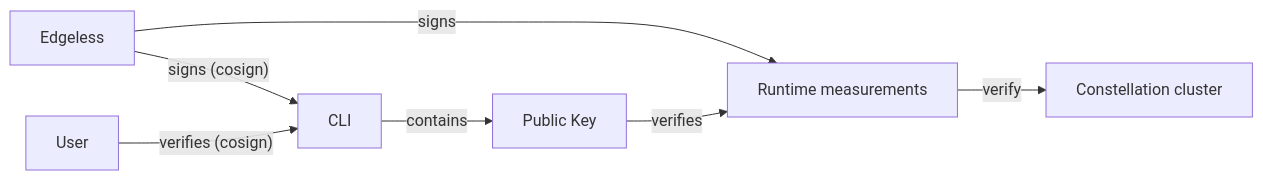
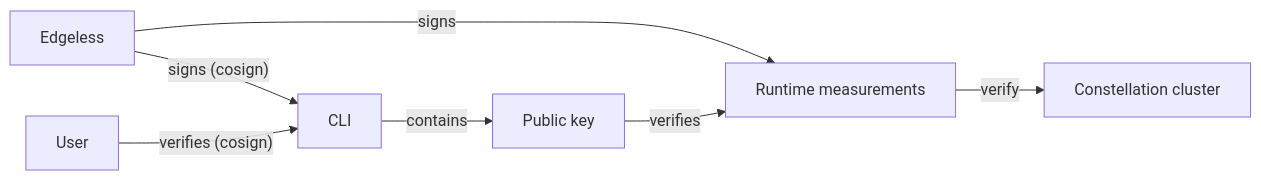
One commit to edgelesssys/constellation changed the diagram in docs/docs/architecture/attestation.md. Above: the diagram before and after it, drawn with Mermaid. The commit also changed other lines of this file and 6 other files, not shown here.

Commit message:
docs: fixes and rewording of architecture

````diff
--- a/docs/docs/architecture/attestation.md
+++ b/docs/docs/architecture/attestation.md
@@ -229,9 +223,9 @@
 ```mermaid
 flowchart LR
   A[Edgeless]-- "signs (cosign)" -->B[CLI]
   C[User]-- "verifies (cosign)" -->B[CLI]
   B[CLI]-- "contains" -->D["Public Key"]
   A[Edgeless]-- "signs" -->E["Runtime measurements"]
-  D["Public Key"]-- "verifies" -->E["Runtime measurements"]
+  D["Public key"]-- "verifies" -->E["Runtime measurements"]
   E["Runtime measurements"]-- "verify" -->F["Constellation cluster"]
 ```
````
